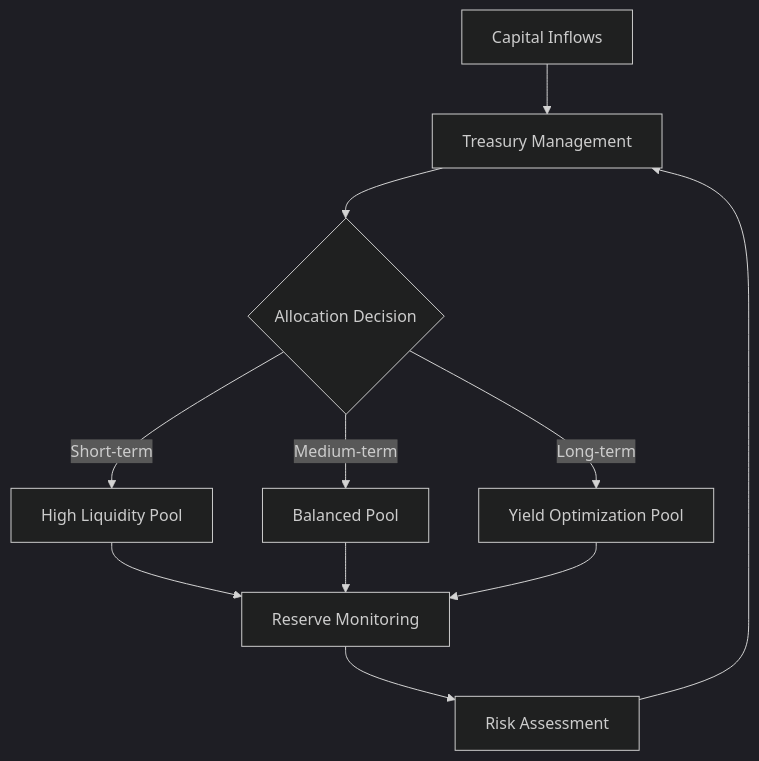
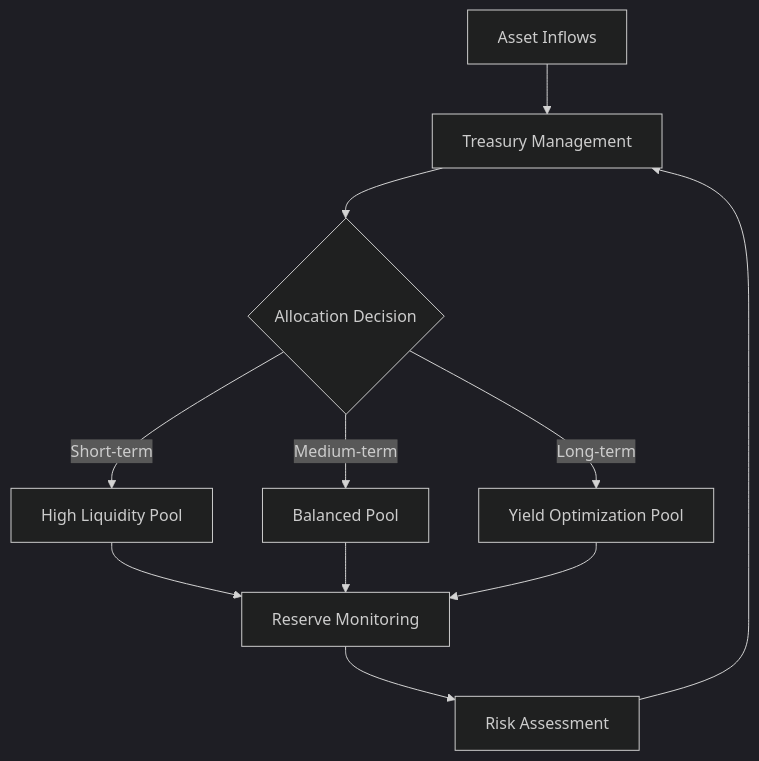
Before and after one commit to itindefi/mintlify-docs: the diagram in platform/treasury-management.mdx, drawn with Mermaid (dark theme).

Commit message:
Update treasury management diagram for asset inflows
Mintlify-Source: dashboard-editor

````diff
--- a/platform/treasury-management.mdx
+++ b/platform/treasury-management.mdx
@@ -50,13 +50,13 @@
 ```mermaid
 flowchart TD
-    A[Capital Inflows] --> B[Treasury Management]
+    A[Asset Inflows] --> B[Treasury Management]
     B --> C{Allocation Decision}
     C -->|Short-term| D[High Liquidity Pool]
     C -->|Medium-term| E[Balanced Pool]
     C -->|Long-term| F[Yield Optimization Pool]
     D --> G[Reserve Monitoring]
     E --> G
     F --> G
     G --> H[Risk Assessment]
     H --> B
 ```
````
